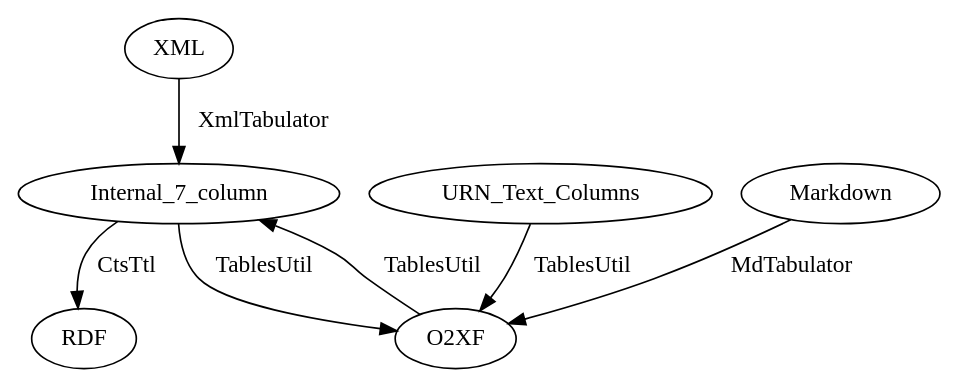
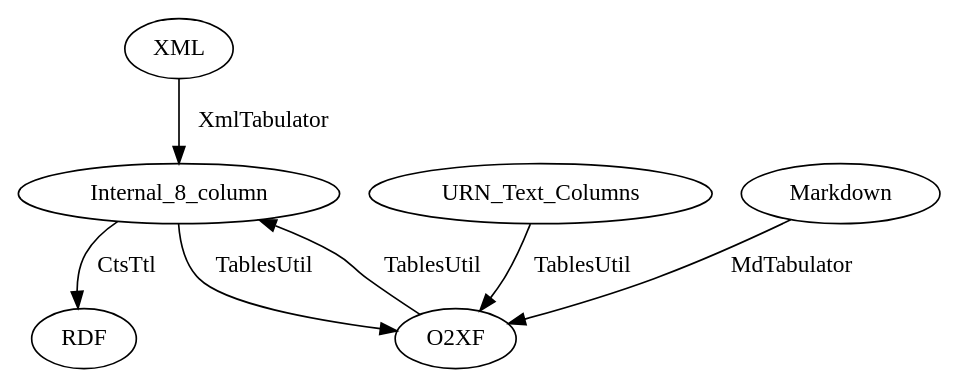
One commit to cite-architecture/hocuspocus changed the diagram in dots/flow.dot. Above: the diagram before and after it, drawn with Graphviz. The commit also changed 5 other files, not shown here.

```diff
--- a/dots/flow.dot
+++ b/dots/flow.dot
@@ -1,11 +1,11 @@
 strict digraph flow {
 concentrate=true
-XML->Internal_7_column [label=" XmlTabulator" ]
+XML->Internal_8_column [label=" XmlTabulator" ]
 URN_Text_Columns->O2XF [label=" TablesUtil" ]
-O2XF->Internal_7_column  [label=" TablesUtil" ]
-Internal_7_column->O2XF [label=" TablesUtil" ]
+O2XF->Internal_8_column  [label=" TablesUtil" ]
+Internal_8_column->O2XF [label=" TablesUtil" ]
 Markdown->O2XF [label=" MdTabulator"]
 
-Internal_7_column->RDF [label=" CtsTtl"]
+Internal_8_column->RDF [label=" CtsTtl"]
 
 }
```
